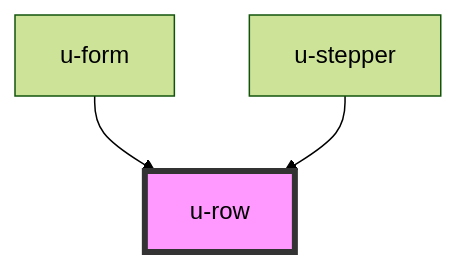
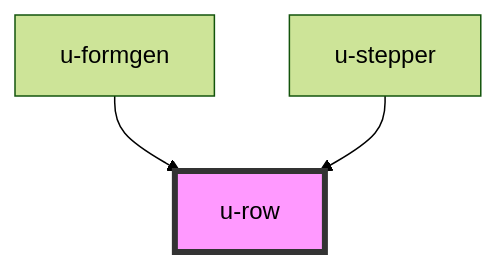
The diagram in src/components/u-row/readme.md (theUrbans/uniform), drawn with Mermaid (forest theme) before and after one commit. The commit also changed other lines of this file and 11 other files, not shown here.

````diff
--- a/src/components/u-row/readme.md
+++ b/src/components/u-row/readme.md
@@ -24,6 +25,6 @@
 ```mermaid
 graph TD;
-  u-form --> u-row
+  u-formgen --> u-row
   u-stepper --> u-row
   style u-row fill:#f9f,stroke:#333,stroke-width:4px
 ```
````
